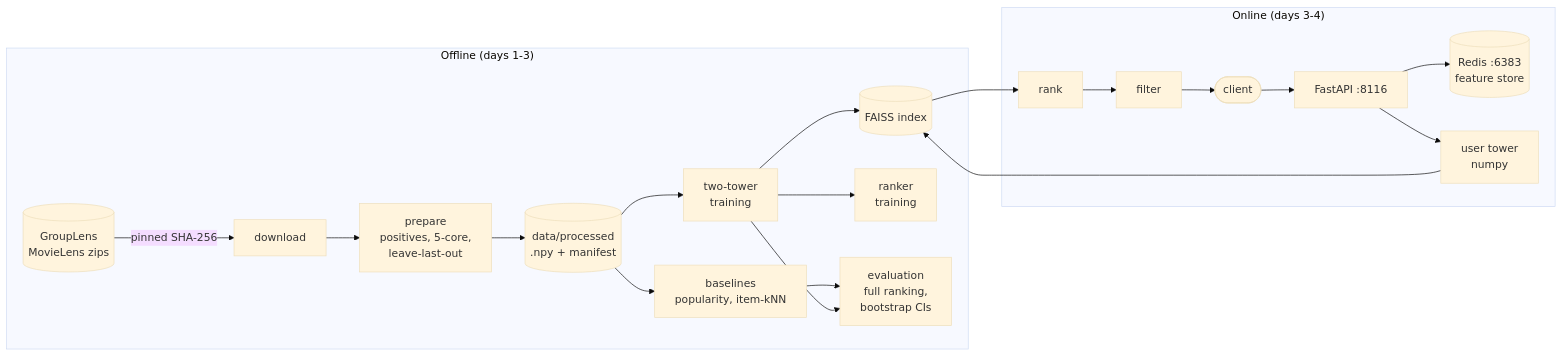
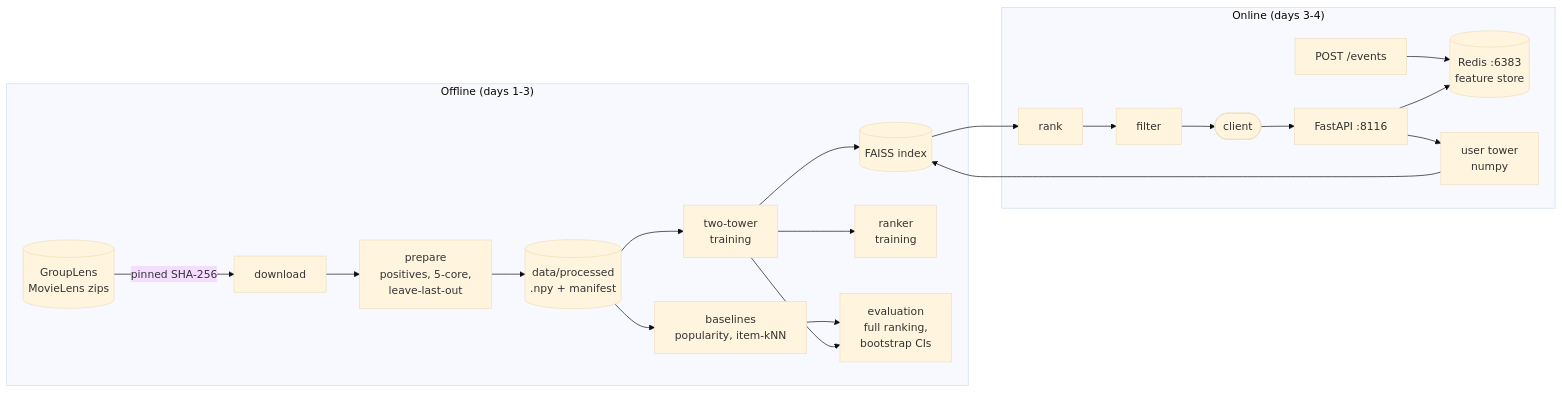
Before and after one commit to vivekdavara/signal: the diagram in README.md, drawn with Mermaid (base theme). The commit also changed other lines of this file and 4 other files, not shown here.

````diff
--- a/README.md
+++ b/README.md
@@ -15,23 +16,24 @@
 ```mermaid
 flowchart LR
   subgraph offline["Offline (days 1-3)"]
     GL[(GroupLens<br/>MovieLens zips)] -->|pinned SHA-256| DL[download]
     DL --> PR[prepare<br/>positives, 5-core,<br/>leave-last-out]
     PR --> NPY[(data/processed<br/>.npy + manifest)]
     NPY --> BL[baselines<br/>popularity, item-kNN]
     NPY --> TT[two-tower<br/>training]
     TT --> IDX[(FAISS index)]
     TT --> RK[ranker<br/>training]
     BL --> EV[evaluation<br/>full ranking,<br/>bootstrap CIs]
     TT --> EV
   end
   subgraph online["Online (days 3-4)"]
+    EV2[POST /events] --> FS
     C([client]) --> API[FastAPI :8116]
     API --> FS[(Redis :6383<br/>feature store)]
     API --> UT[user tower<br/>numpy]
     UT --> IDX
     IDX --> RANK[rank]
     RANK --> FIL[filter]
     FIL --> C
   end
 ```
````
